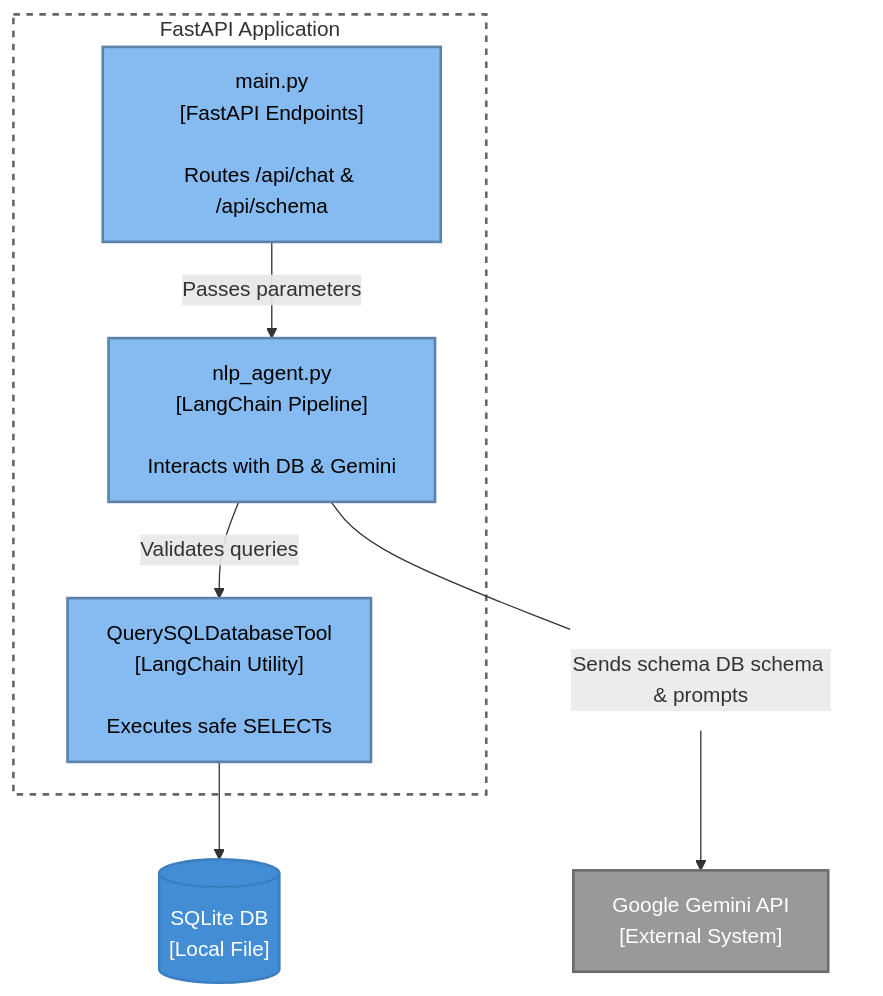
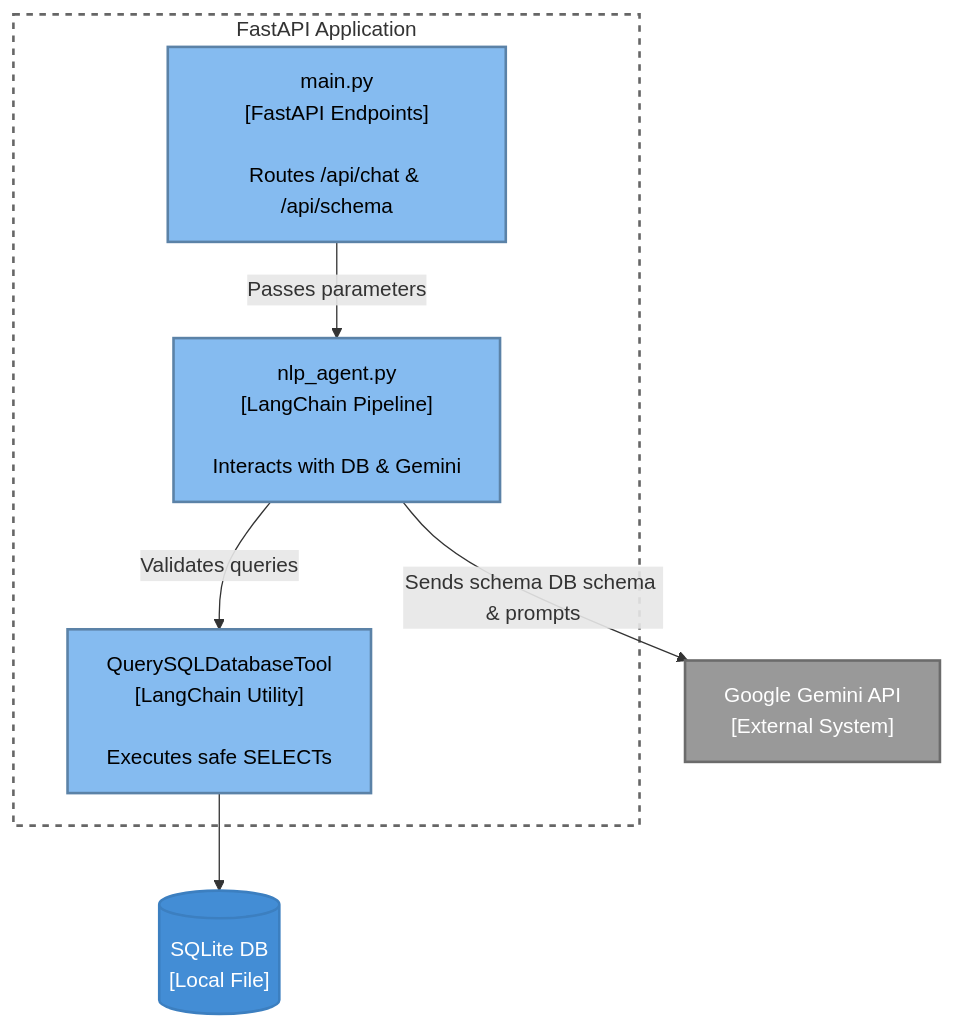
The third of 3 diagrams in docs/ARCHITECTURE.md (camirian/ad-supply-chain-platform), drawn with Mermaid before and after one commit. The commit also changed other lines of this file, not shown here.

Commit message:
Fix Mermaid C4 diagram rendering

````diff
--- a/docs/ARCHITECTURE.md
+++ b/docs/ARCHITECTURE.md
@@ -58,24 +56,23 @@
 ```mermaid
 flowchart TD
     classDef component fill:#85bbf0,color:#000,stroke:#5b82a7,stroke-width:2px
     classDef ext_system fill:#999999,color:#fff,stroke:#6b6b6b,stroke-width:2px
     classDef db fill:#438dd5,color:#fff,stroke:#3c7fc0,stroke-width:2px
     classDef edgeLabel fill:none,stroke:none
 
     GeminiAPI["Google Gemini API<br>[External System]"]:::ext_system
     Database[("SQLite DB<br>[Local File]")]:::db
 
     subgraph BackendApp ["FastAPI Application"]
         Router["main.py<br>[FastAPI Endpoints]<br><br>Routes /api/chat & /api/schema"]:::component
         AgentModule["nlp_agent.py<br>[LangChain Pipeline]<br><br>Interacts with DB & Gemini"]:::component
         SQLTool["QuerySQLDatabaseTool<br>[LangChain Utility]<br><br>Executes safe SELECTs"]:::component
     end
 
     Router -->|"Passes parameters"| AgentModule
     AgentModule -->|"Validates queries"| SQLTool
     SQLTool --> Database
-    AgentModule --- Rel1["Sends schema DB schema & prompts"]:::edgeLabel
-    Rel1 --> GeminiAPI
+    AgentModule -->|"Sends schema DB schema & prompts"| GeminiAPI
     
     style BackendApp fill:none,stroke:#666,stroke-width:2px,stroke-dasharray: 5 5
 ```
````
